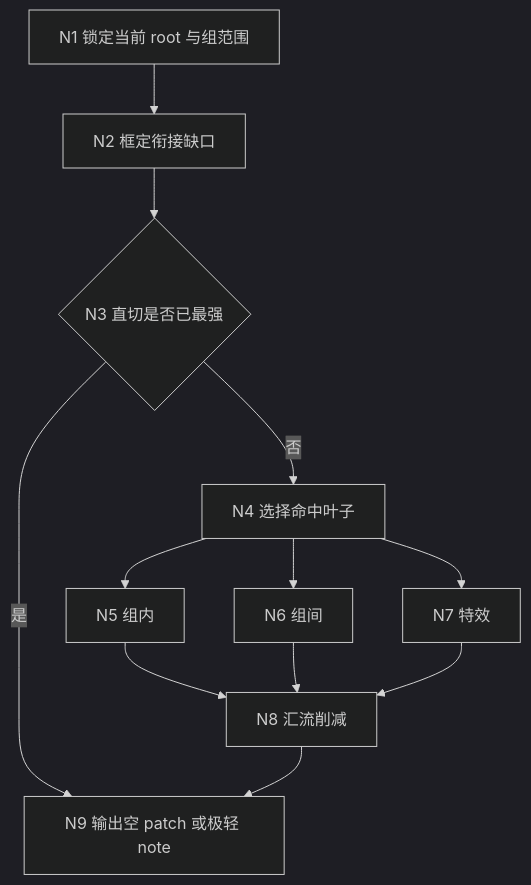
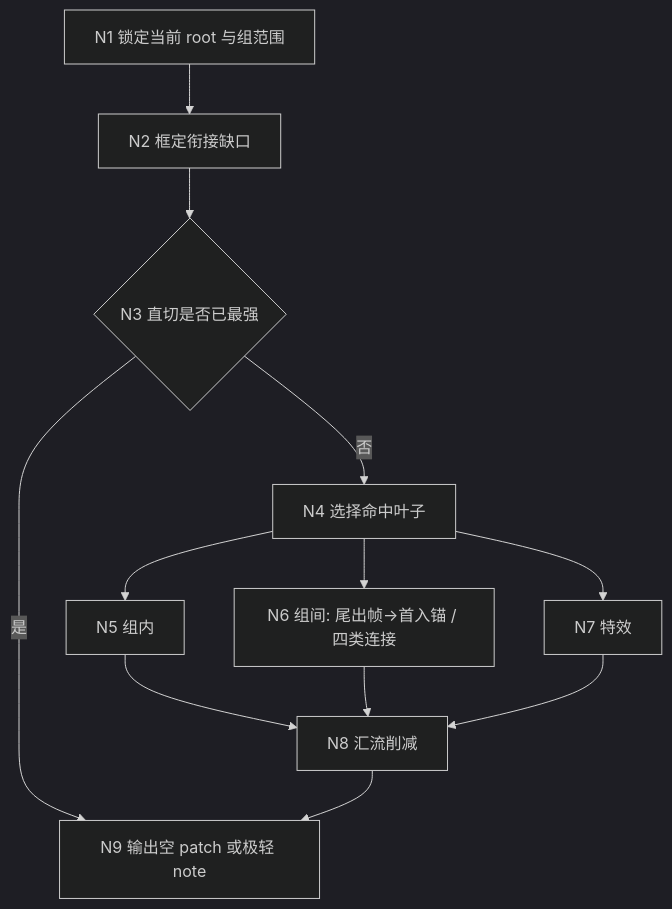
Before and after one commit to ZEN-VOID/AI-CUT: the first of 3 diagrams in .agents/skills/aigc/3-Detail/2-镜花/4-转场特效/SKILL.md, drawn with Mermaid (dark theme). The commit also changed other lines of this file and 291 other files, not shown here.

````diff
--- a/.agents/skills/aigc/3-Detail/2-镜花/4-转场特效/SKILL.md
+++ b/.agents/skills/aigc/3-Detail/2-镜花/4-转场特效/SKILL.md
@@ -106,14 +108,14 @@
 ```mermaid
 flowchart TD
     A["N1 锁定当前 root 与组范围"] --> B["N2 框定衔接缺口"]
     B --> C{"N3 直切是否已最强"}
     C -->|"是"| D["N9 输出空 patch 或极轻 note"]
     C -->|"否"| E["N4 选择命中叶子"]
     E --> F["N5 组内"]
-    E --> G["N6 组间"]
+    E --> G["N6 组间: 尾出帧→首入锚 / 四类连接"]
     E --> H["N7 特效"]
     F --> I["N8 汇流削减"]
     G --> I
     H --> I
     I --> D
 ```
````
